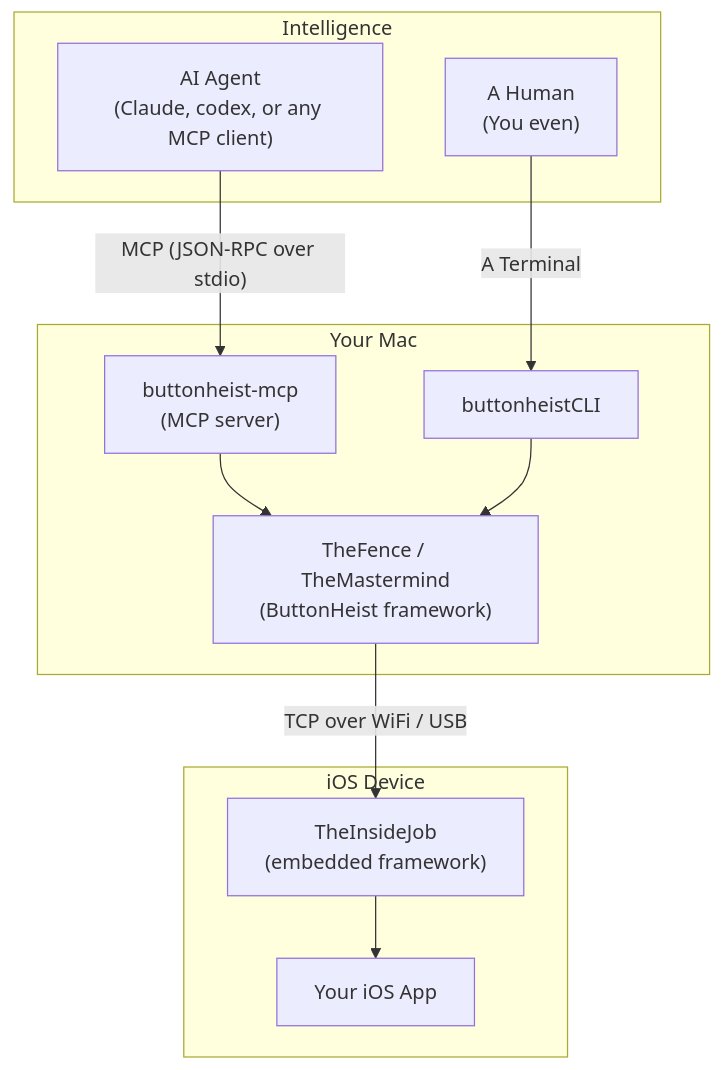
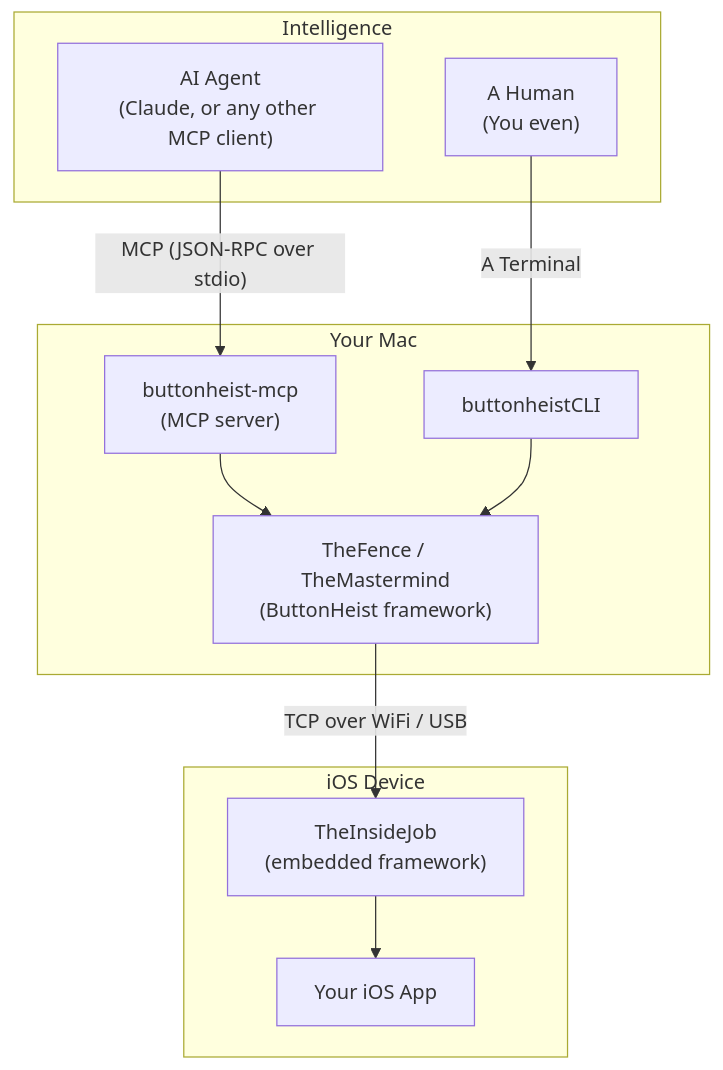
Before and after one commit to RoyalPineapple/TheButtonHeist: the diagram in README.md, drawn with Mermaid.

Commit message:
Remove 'codex' from AI Agent diagram

````diff
--- a/README.md
+++ b/README.md
@@ -55,34 +55,34 @@
 ```mermaid
 %% If you can read this, the diagram isn't rendering. Try github.com in a browser.
 graph TD
-    AI["AI Agent<br/>(Claude, codex, or any MCP client)"]
+    AI["AI Agent<br/>(Claude, or any other MCP client)"]
     HUMAN["A Human<br/> (You even)"]
     MCP["buttonheist-mcp<br/>(MCP server)"]
     CLI["buttonheistCLI"]
     Client["TheFence / TheMastermind<br/>(ButtonHeist framework)"]
     IJ["TheInsideJob<br/>(embedded framework)"]
     App["Your iOS App"]
 
     AI -->|"MCP (JSON-RPC over stdio)"| MCP
     MCP --> Client
     HUMAN -->|"A Terminal"| CLI
     CLI --> Client
     Client -->|"TCP over WiFi / USB"| IJ
     IJ --> App
 
     subgraph Intelligence["Intelligence"]
         HUMAN
         AI
     end
 
     subgraph Mac["Your Mac"]
         MCP
         CLI
         Client
     end
 
     subgraph Device["iOS Device"]
         IJ
         App
     end
 ```
````
